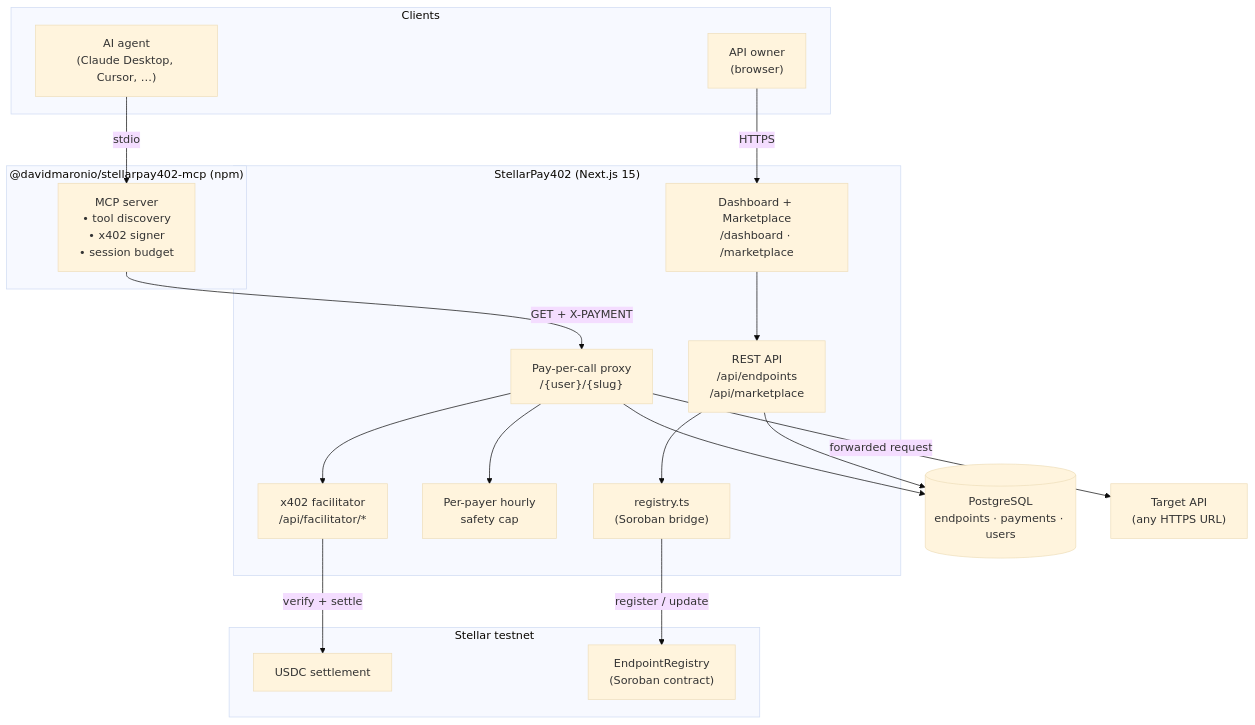
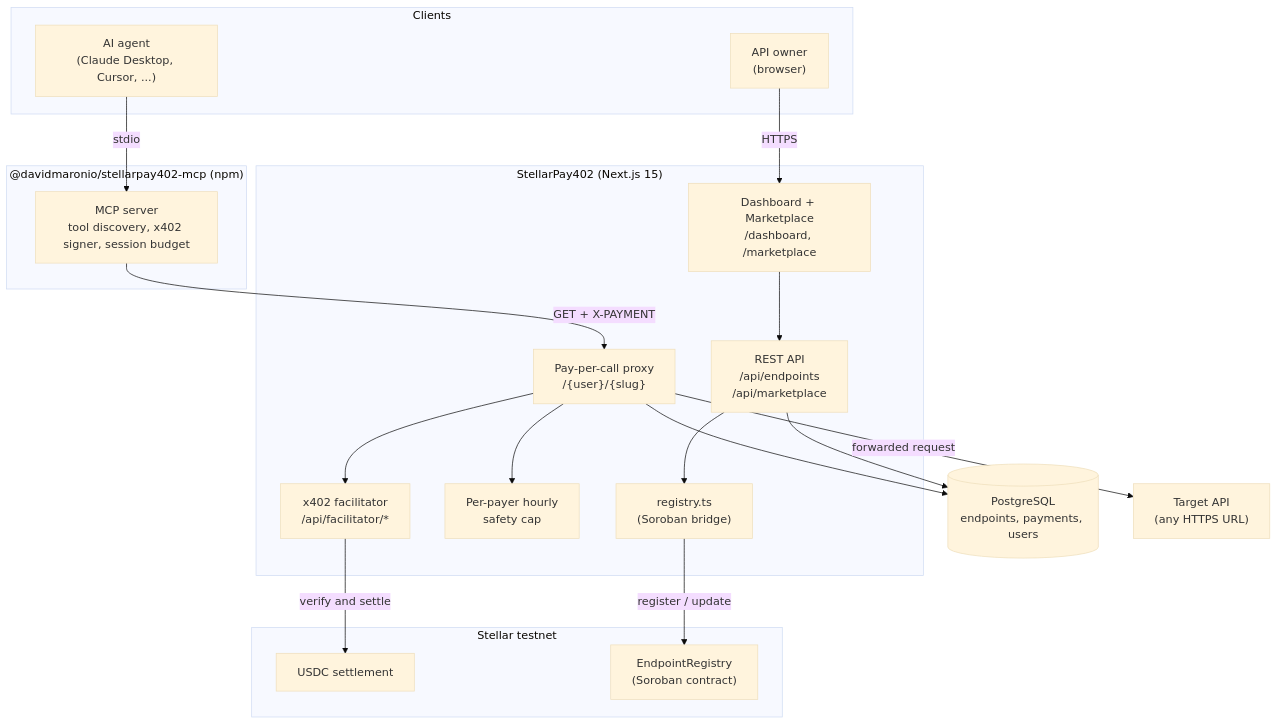
One commit to davidmaronio/StellarPay402 changed the diagram in README.md. Above: the diagram before and after it, drawn with Mermaid (base theme). The commit also changed other lines of this file and 6 other files, not shown here.

````diff
--- a/README.md
+++ b/README.md
@@ -39,41 +41,41 @@
 ```mermaid
 flowchart TB
     subgraph Clients
-        agent["AI agent<br/>(Claude Desktop, Cursor, …)"]
+        agent["AI agent<br/>(Claude Desktop, Cursor, ...)"]
         dev["API owner<br/>(browser)"]
     end
 
     subgraph mcp["@davidmaronio/stellarpay402-mcp (npm)"]
-        mcpSrv["MCP server<br/>• tool discovery<br/>• x402 signer<br/>• session budget"]
+        mcpSrv["MCP server<br/>tool discovery, x402 signer, session budget"]
     end
 
     subgraph app["StellarPay402 (Next.js 15)"]
         proxy["Pay-per-call proxy<br/>/{user}/{slug}"]
         facilitator["x402 facilitator<br/>/api/facilitator/*"]
-        dashboard["Dashboard + Marketplace<br/>/dashboard · /marketplace"]
+        dashboard["Dashboard + Marketplace<br/>/dashboard, /marketplace"]
         api["REST API<br/>/api/endpoints<br/>/api/marketplace"]
         guard["Per-payer hourly<br/>safety cap"]
         bridge["registry.ts<br/>(Soroban bridge)"]
     end
 
     subgraph stellar["Stellar testnet"]
         usdc["USDC settlement"]
         registry["EndpointRegistry<br/>(Soroban contract)"]
     end
 
-    db[("PostgreSQL<br/>endpoints · payments · users")]
+    db[("PostgreSQL<br/>endpoints, payments, users")]
     target["Target API<br/>(any HTTPS URL)"]
 
     agent -- "stdio" --> mcpSrv
     mcpSrv -- "GET + X-PAYMENT" --> proxy
     dev -- "HTTPS" --> dashboard
     dashboard --> api
     api --> db
     api --> bridge
     proxy --> guard
     proxy --> facilitator
     proxy --> db
     proxy -- "forwarded request" --> target
-    facilitator -- "verify + settle" --> usdc
+    facilitator -- "verify and settle" --> usdc
     bridge -- "register / update" --> registry
 ```
````
